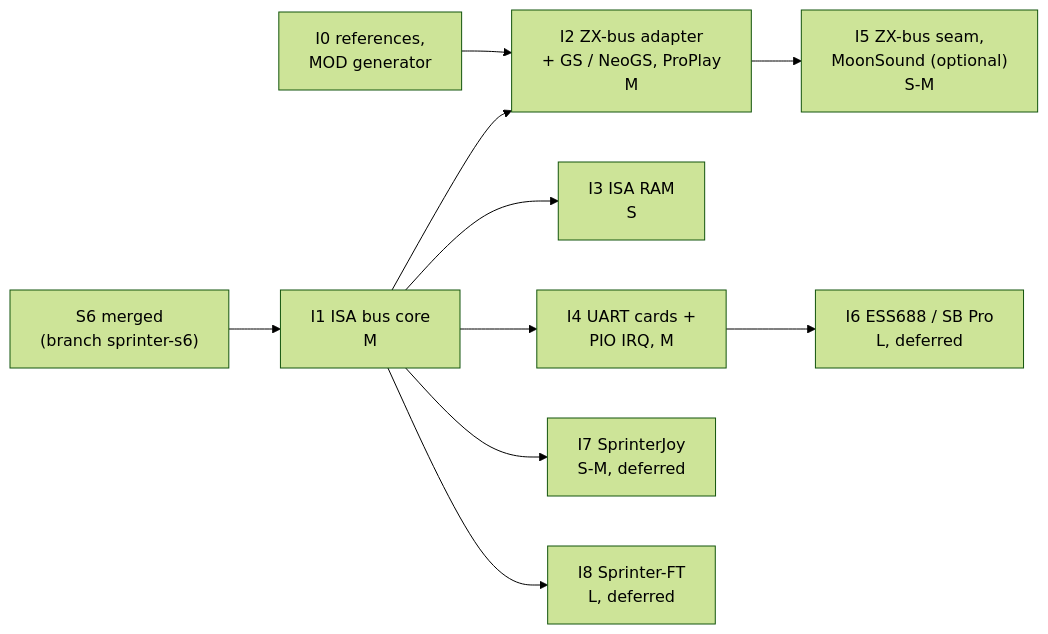
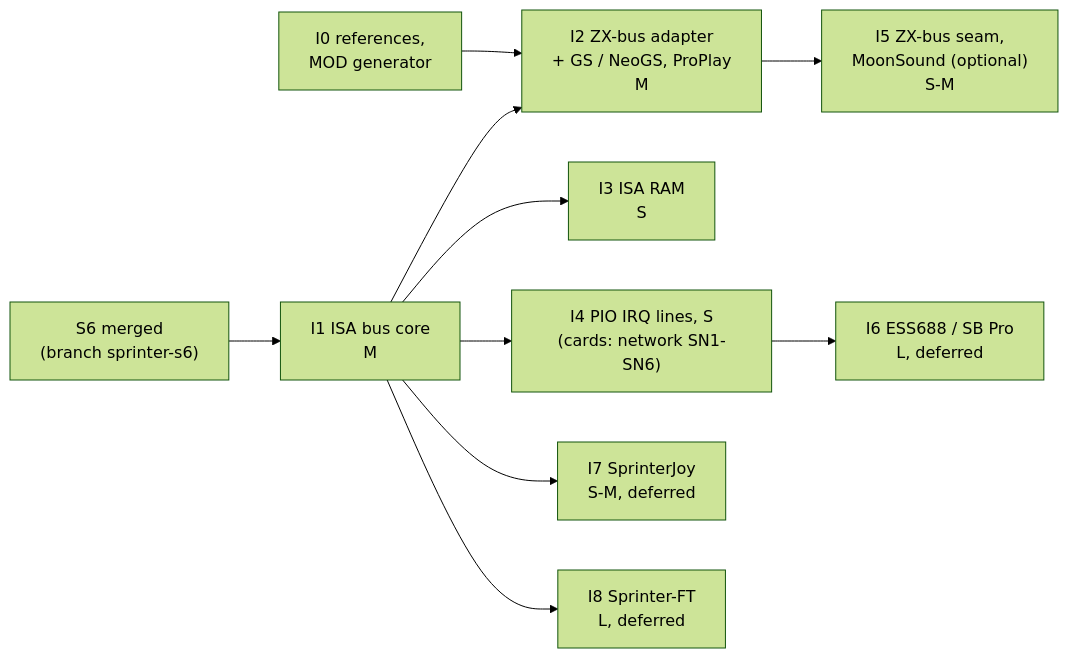
The second of 2 diagrams in docs/inprogress/2026-10-02-sprinter-isa/tdd.md (alfishe/unreal-ng), drawn with Mermaid (forest theme) before and after one commit. The commit also changed other lines of this file and 11 other files, not shown here.

````diff
--- a/docs/inprogress/2026-10-02-sprinter-isa/tdd.md
+++ b/docs/inprogress/2026-10-02-sprinter-isa/tdd.md
@@ -356,12 +357,12 @@
 ```mermaid
 flowchart LR
     S6["S6 merged<br/>(branch sprinter-s6)"] --> I1
     I0["I0 references,<br/>MOD generator"] --> I2
     I1["I1 ISA bus core<br/>M"] --> I2["I2 ZX-bus adapter<br/>+ GS / NeoGS, ProPlay<br/>M"]
     I1 --> I3["I3 ISA RAM<br/>S"]
-    I1 --> I4["I4 UART cards +<br/>PIO IRQ, M"]
+    I1 --> I4["I4 PIO IRQ lines, S<br/>(cards: network SN1-SN6)"]
     I2 --> I5["I5 ZX-bus seam,<br/>MoonSound (optional)<br/>S-M"]
     I4 --> I6["I6 ESS688 / SB Pro<br/>L, deferred"]
     I1 --> I7["I7 SprinterJoy<br/>S-M, deferred"]
     I1 --> I8["I8 Sprinter-FT<br/>L, deferred"]
 ```
````
